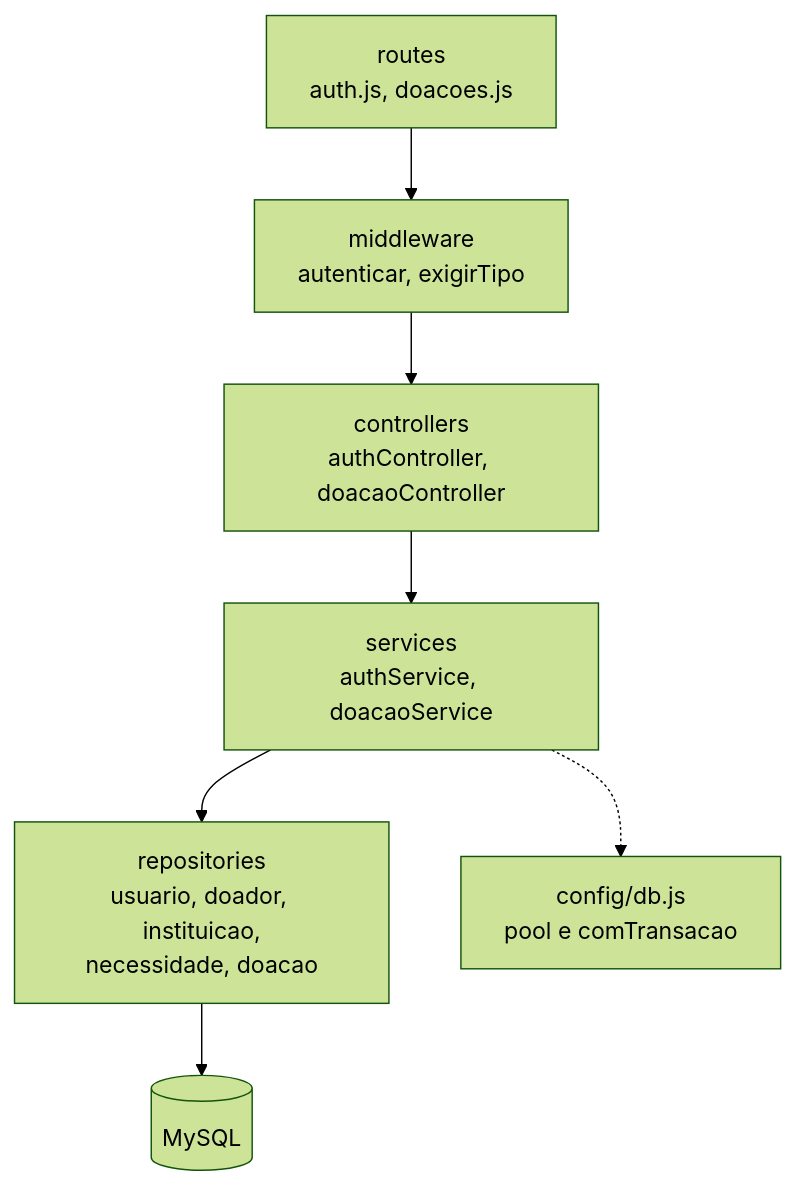
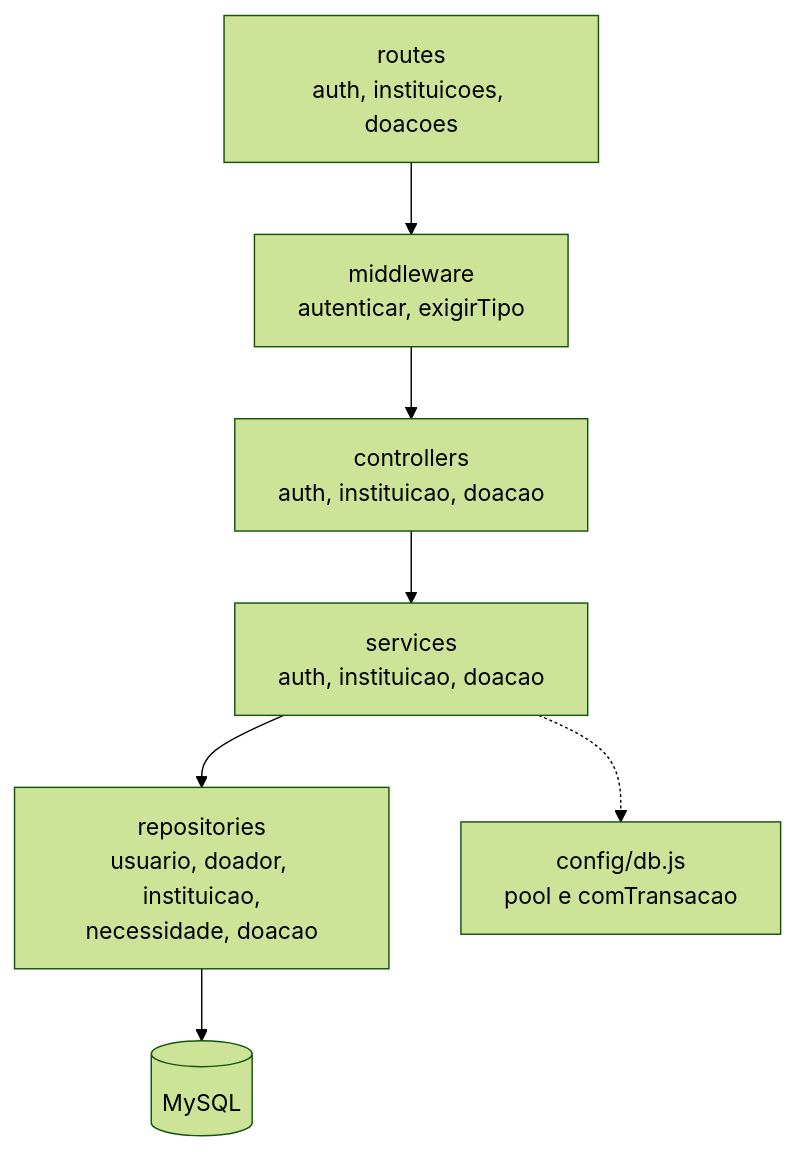
Before and after one commit to gigi-zacaroni/tp-eng-software: the third of 4 diagrams in docs/arquitetura/arquitetura.md, drawn with Mermaid (forest theme). The commit also changed other lines of this file and 4 other files, not shown here.

````diff
--- a/docs/arquitetura/arquitetura.md
+++ b/docs/arquitetura/arquitetura.md
@@ -37,9 +42,9 @@
 ```mermaid
 flowchart TB
-    R[routes<br/>auth.js, doacoes.js] --> M[middleware<br/>autenticar, exigirTipo]
-    M --> C[controllers<br/>authController, doacaoController]
-    C --> S[services<br/>authService, doacaoService]
+    R[routes<br/>auth, instituicoes, doacoes] --> M[middleware<br/>autenticar, exigirTipo]
+    M --> C[controllers<br/>auth, instituicao, doacao]
+    C --> S[services<br/>auth, instituicao, doacao]
     S --> P[repositories<br/>usuario, doador, instituicao,<br/>necessidade, doacao]
     P --> DB[(MySQL)]
     S -.-> T[config/db.js<br/>pool e comTransacao]
 ```
````
